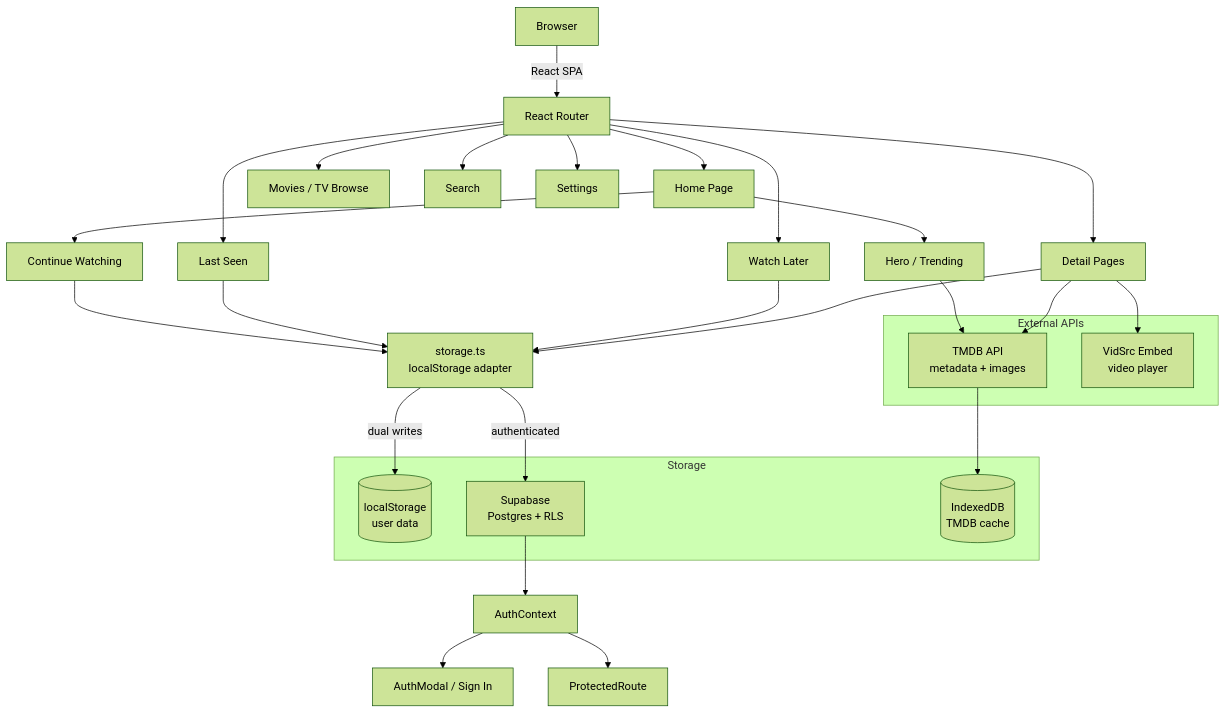
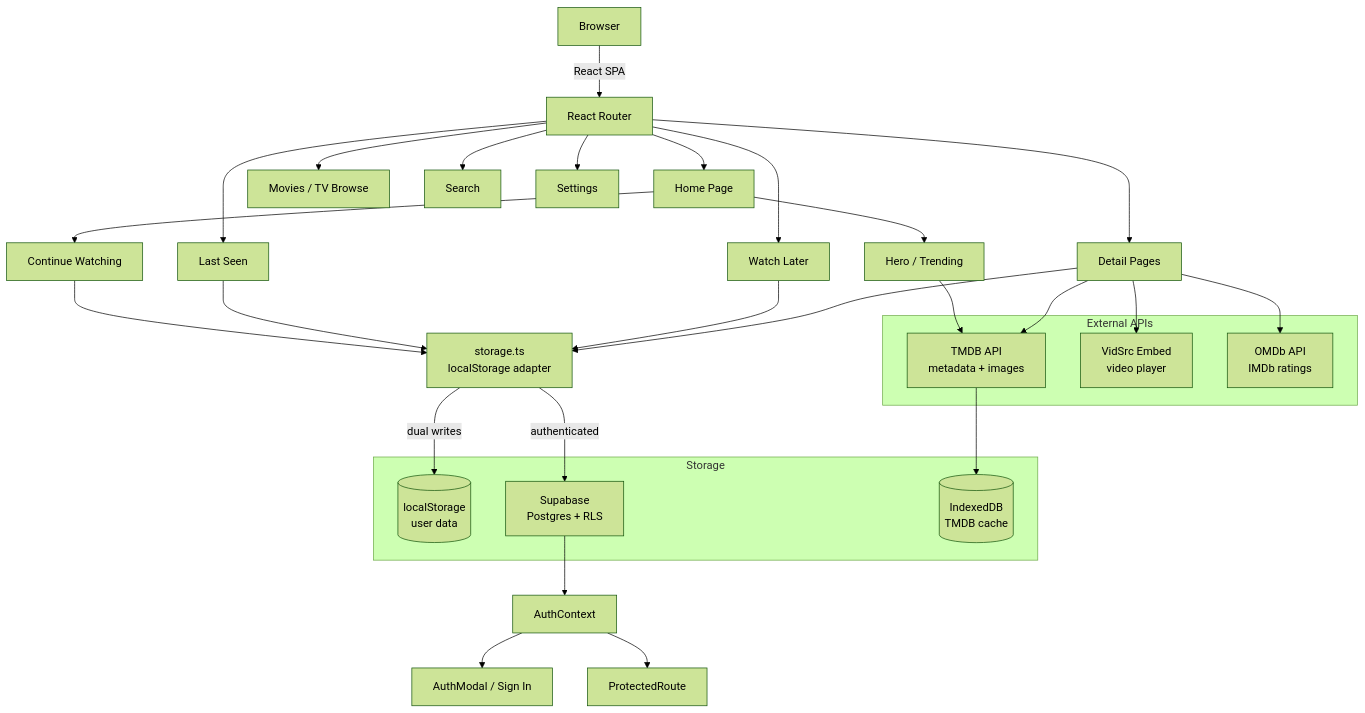
The diagram in README.md (AdeiTamayo/StreamingPlatform), drawn with Mermaid (forest theme) before and after one commit. The commit also changed other lines of this file and 2 other files, not shown here.

````diff
--- a/README.md
+++ b/README.md
@@ -36,44 +36,46 @@
 ```mermaid
 flowchart TD
     A[Browser] -->|React SPA| B[React Router]
     B --> C[Home Page]
     B --> D[Movies / TV Browse]
     B --> E[Detail Pages]
     B --> F[Search]
     B --> G[Watch Later]
     B --> H[Last Seen]
     B --> I[Settings]
 
     E --> J[TMDB API<br>metadata + images]
     E --> K[VidSrc Embed<br>video player]
+    E --> O[OMDb API<br>IMDb ratings]
     E --> L[storage.ts<br>localStorage adapter]
 
     G --> L
     H --> L
 
     L -->|dual writes| M[(localStorage<br>user data)]
     L -->|authenticated| N[Supabase<br>Postgres + RLS]
 
     N --> P[AuthContext]
     P --> Q[AuthModal / Sign In]
     P --> R[ProtectedRoute]
 
     C --> S[Continue Watching]
     C --> T[Hero / Trending]
 
     S --> L
     T --> J
 
     subgraph TMDB [External APIs]
         J
         K
+        O
     end
 
     subgraph Storage [Storage]
         M
         N
         DB[(IndexedDB<br>TMDB cache)]
     end
 
     J --> DB
 ```
````
